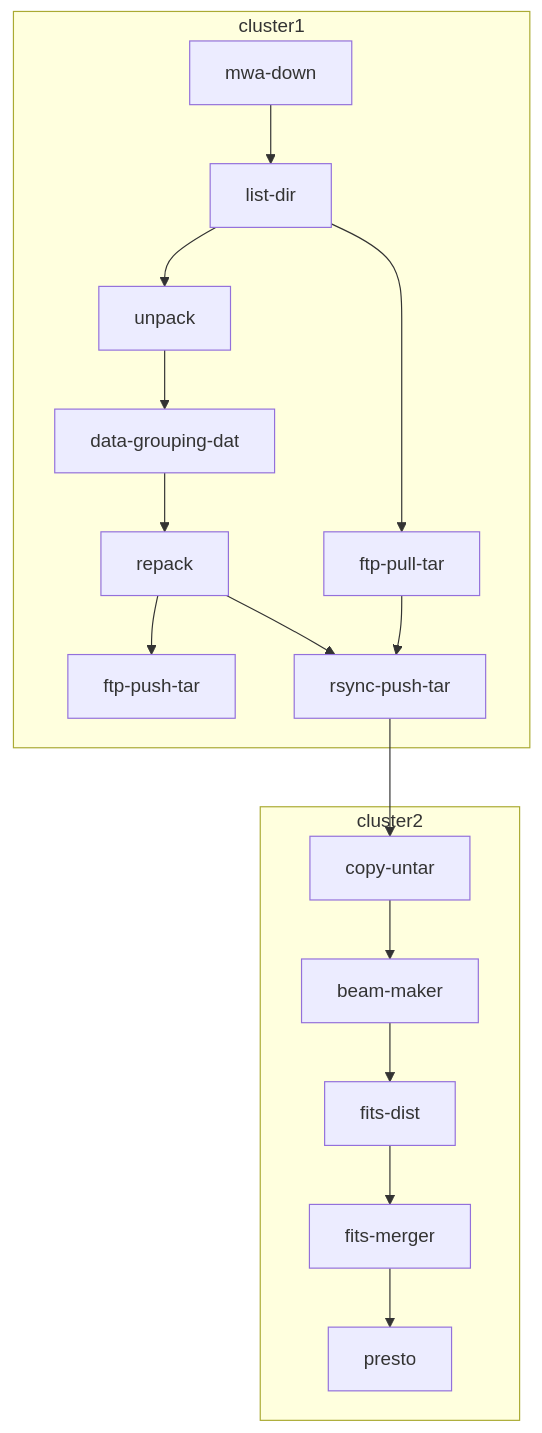
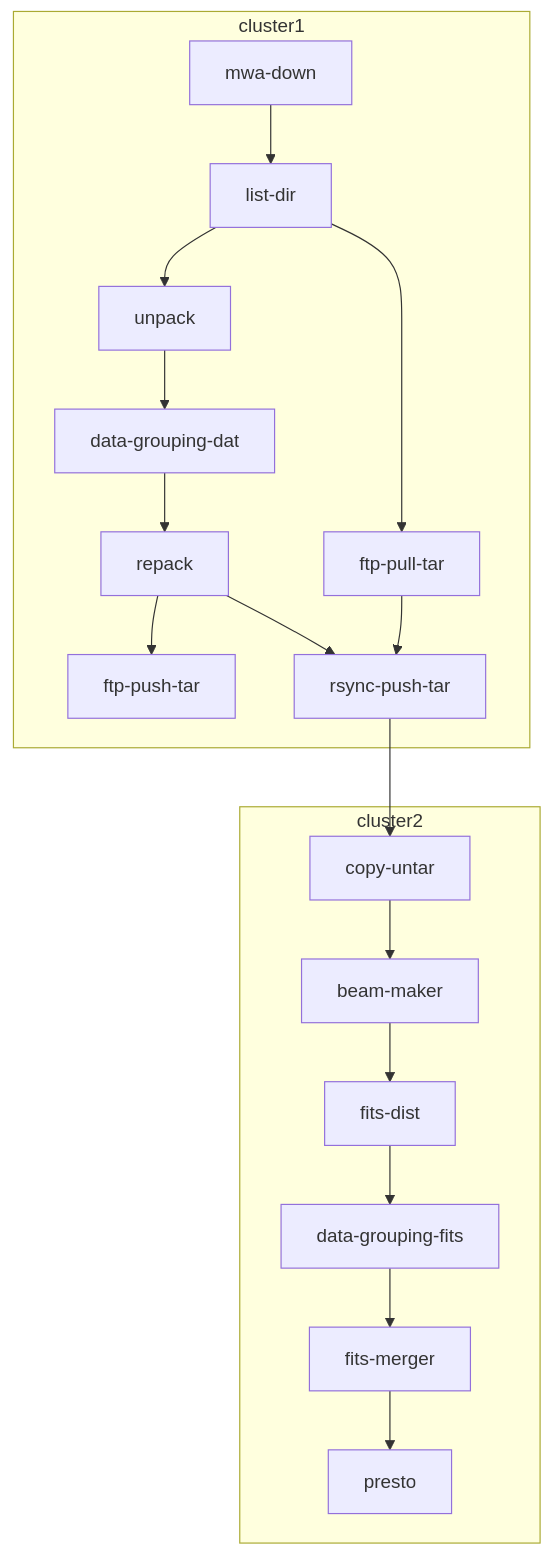
The third of 3 diagrams in README.md (kaichao/app-mwa), drawn with Mermaid before and after one commit. The commit also changed other lines of this file, not shown here.

````diff
--- a/README.md
+++ b/README.md
@@ -146,35 +149,37 @@
 ```mermaid
 
 flowchart TB
   mwa-down --> list-dir
   list-dir --> unpack
   list-dir --> ftp-pull-tar
   unpack --> data-grouping-dat
   data-grouping-dat --> repack
   repack --> ftp-push-tar
   repack --> rsync-push-tar
   ftp-pull-tar --> rsync-push-tar
   rsync-push-tar --> copy-untar
   copy-untar --> beam-maker
   beam-maker --> fits-dist
-  fits-dist --> fits-merger
+  fits-dist --> data-grouping-fits
+  data-grouping-fits --> fits-merger
   fits-merger --> presto
   subgraph cluster2
     copy-untar
     beam-maker
     fits-dist
+    data-grouping-fits
     fits-merger
     presto
   end
   subgraph cluster1
     mwa-down
     list-dir
     unpack
     data-grouping-dat
     repack
     ftp-push-tar
     rsync-push-tar
     ftp-pull-tar
   end
   
   ```
````
